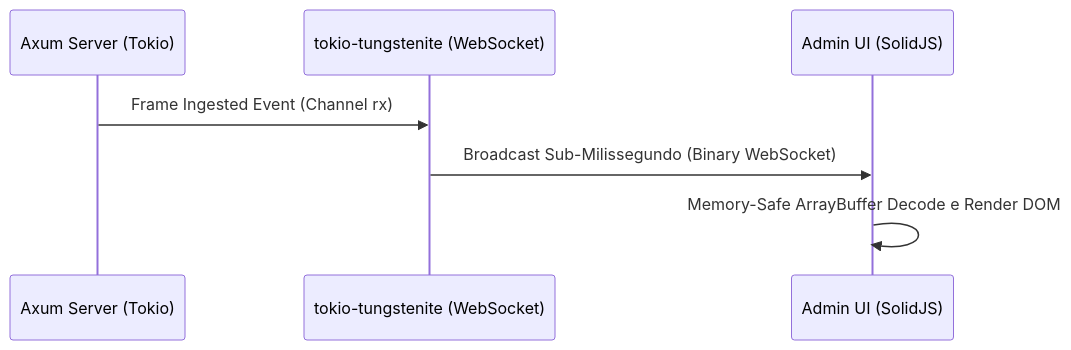
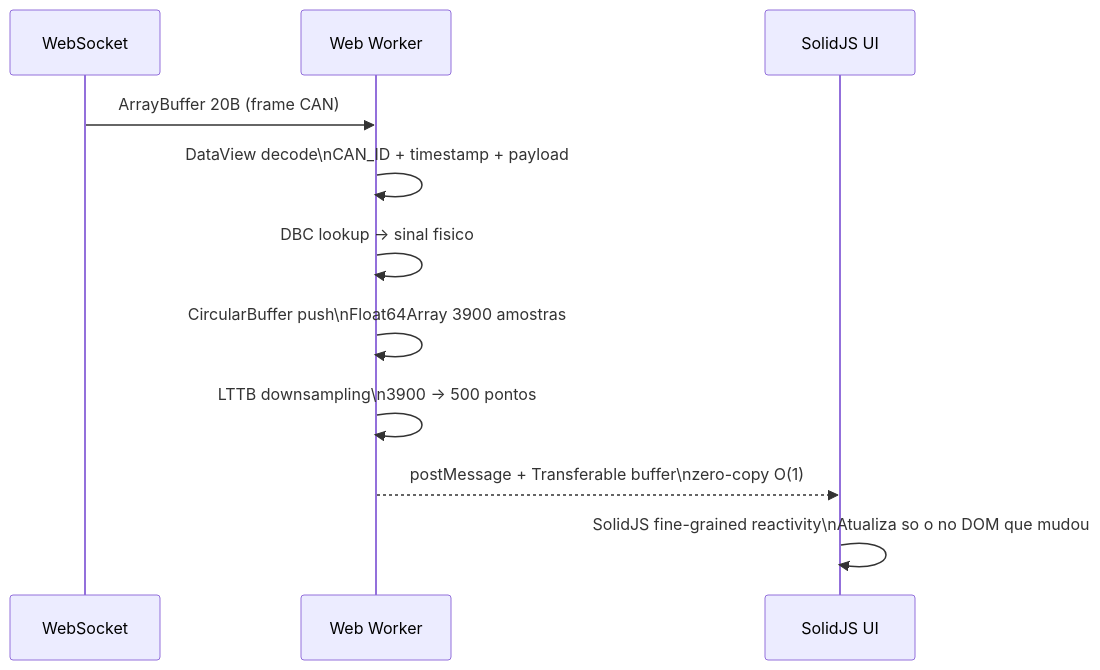
Before and after one commit to Faraoh-Back/TelemetriaV2.0: the seventh of 8 diagrams in docs/Doc/Markdown/handBook.md, drawn with Mermaid. The commit also changed other lines of this file and 1 other file, not shown here.

Commit message:
feature: que tesao quando isso se concretizar

````diff
--- a/docs/Doc/Markdown/handBook.md
+++ b/docs/Doc/Markdown/handBook.md
@@ -120,10 +496,13 @@
 ```mermaid
 sequenceDiagram
-    participant Server as Axum Server (Tokio)
-    participant WSS_Broker as tokio-tungstenite (WebSocket)
-    participant UI as Admin UI (SolidJS)
-
-    Server->>WSS_Broker: Frame Ingested Event (Channel rx)
-    WSS_Broker->>UI: Broadcast Sub-Milissegundo (Binary WebSocket)
-    UI->>UI: Memory-Safe ArrayBuffer Decode e Render DOM
+    participant WS as WebSocket
+    participant WORKER as Web Worker
+    participant UI as SolidJS UI
+    WS->>WORKER: ArrayBuffer 20B (frame CAN)
+    WORKER->>WORKER: DataView decode\nCAN_ID + timestamp + payload
+    WORKER->>WORKER: DBC lookup → sinal fisico
+    WORKER->>WORKER: CircularBuffer push\nFloat64Array 3900 amostras
+    WORKER->>WORKER: LTTB downsampling\n3900 → 500 pontos
+    WORKER-->>UI: postMessage + Transferable buffer\nzero-copy O(1)
+    UI->>UI: SolidJS fine-grained reactivity\nAtualiza so o no DOM que mudou
 ```
````
